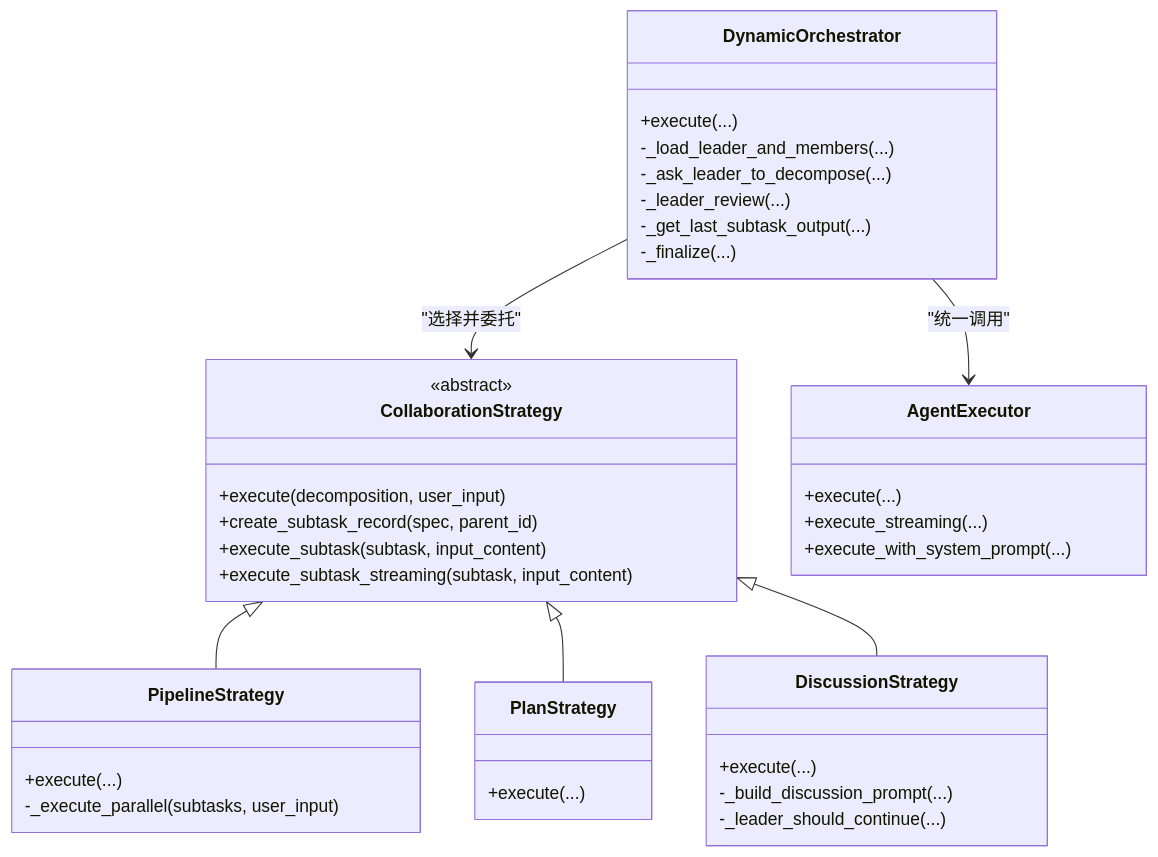
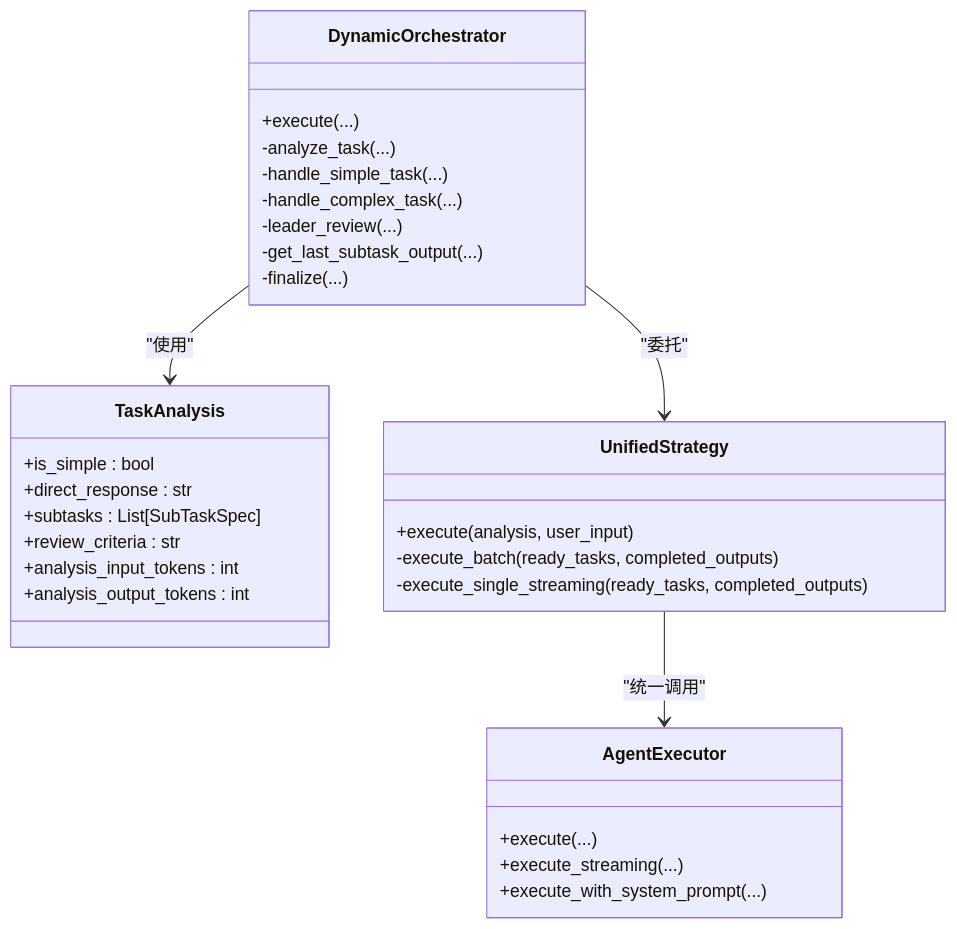
The second of 8 diagrams in .qoder/repowiki/zh/content/后端服务架构/业务服务层/智能体执行服务/动态编排器.md (KunLabAI/KunFlix), drawn with Mermaid before and after one commit. The commit also changed other lines of this file and 9 other files, not shown here.

````diff
--- a/.qoder/repowiki/zh/content/后端服务架构/业务服务层/智能体执行服务/动态编排器.md
+++ b/.qoder/repowiki/zh/content/后端服务架构/业务服务层/智能体执行服务/动态编排器.md
@@ -90,40 +109,33 @@
 ```mermaid
 classDiagram
 class DynamicOrchestrator {
 +execute(...)
--_load_leader_and_members(...)
--_ask_leader_to_decompose(...)
--_leader_review(...)
--_get_last_subtask_output(...)
--_finalize(...)
+-analyze_task(...)
+-handle_simple_task(...)
+-handle_complex_task(...)
+-leader_review(...)
+-get_last_subtask_output(...)
+-finalize(...)
 }
-class CollaborationStrategy {
-<<abstract>>
-+execute(decomposition, user_input)
-+create_subtask_record(spec, parent_id)
-+execute_subtask(subtask, input_content)
-+execute_subtask_streaming(subtask, input_content)
+class TaskAnalysis {
++is_simple : bool
++direct_response : str
++subtasks : List[SubTaskSpec]
++review_criteria : str
++analysis_input_tokens : int
++analysis_output_tokens : int
 }
-class PipelineStrategy {
-+execute(...)
--_execute_parallel(subtasks, user_input)
-}
-class PlanStrategy {
-+execute(...)
-}
-class DiscussionStrategy {
-+execute(...)
--_build_discussion_prompt(...)
--_leader_should_continue(...)
+class UnifiedStrategy {
++execute(analysis, user_input)
+-execute_batch(ready_tasks, completed_outputs)
+-execute_single_streaming(ready_tasks, completed_outputs)
 }
 class AgentExecutor {
 +execute(...)
 +execute_streaming(...)
 +execute_with_system_prompt(...)
 }
-DynamicOrchestrator --> CollaborationStrategy : "选择并委托"
-CollaborationStrategy <|-- PipelineStrategy
-CollaborationStrategy <|-- PlanStrategy
-CollaborationStrategy <|-- DiscussionStrategy
-DynamicOrchestrator --> AgentExecutor : "统一调用"
+DynamicOrchestrator --> TaskAnalysis : "使用"
+DynamicOrchestrator --> UnifiedStrategy : "委托"
+UnifiedStrategy --> AgentExecutor : "统一调用"
 ```
````
